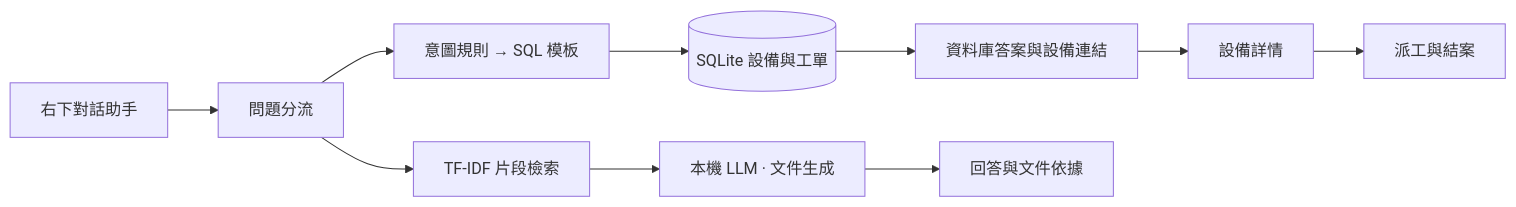
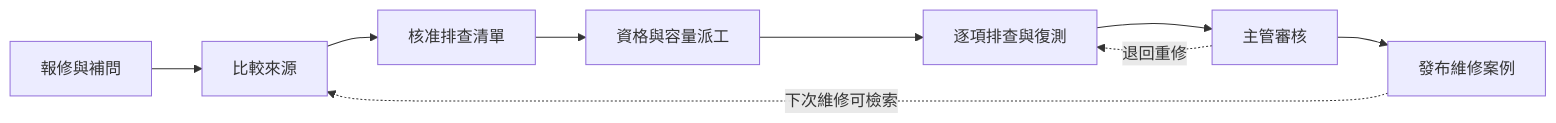
Before and after one commit to mina201199/predictfix-ai-factory: the first of 2 diagrams in README.md, drawn with Mermaid. The commit also changed other lines of this file and 113 other files, not shown here.

````diff
--- a/README.md
+++ b/README.md
@@ -188,12 +47,11 @@
 ```mermaid
 flowchart LR
-  U[右下對話助手] --> R[問題分流]
-  R --> Q[意圖規則 → SQL 模板]
-  Q --> DB[(SQLite 設備與工單)]
-  DB --> A[資料庫答案與設備連結]
-  R --> K[TF-IDF 片段檢索]
-  K --> L[本機 LLM · 文件生成]
-  L --> E[回答與文件依據]
-  A --> D[設備詳情]
-  D --> W[派工與結案]
+    A[報修與補問] --> B[比較來源]
+    B --> C[核准排查清單]
+    C --> D[資格與容量派工]
+    D --> E[逐項排查與復測]
+    E --> F[主管審核]
+    F --> G[發布維修案例]
+    F -. 退回重修 .-> E
+    G -. 下次維修可檢索 .-> B
 ```
````
